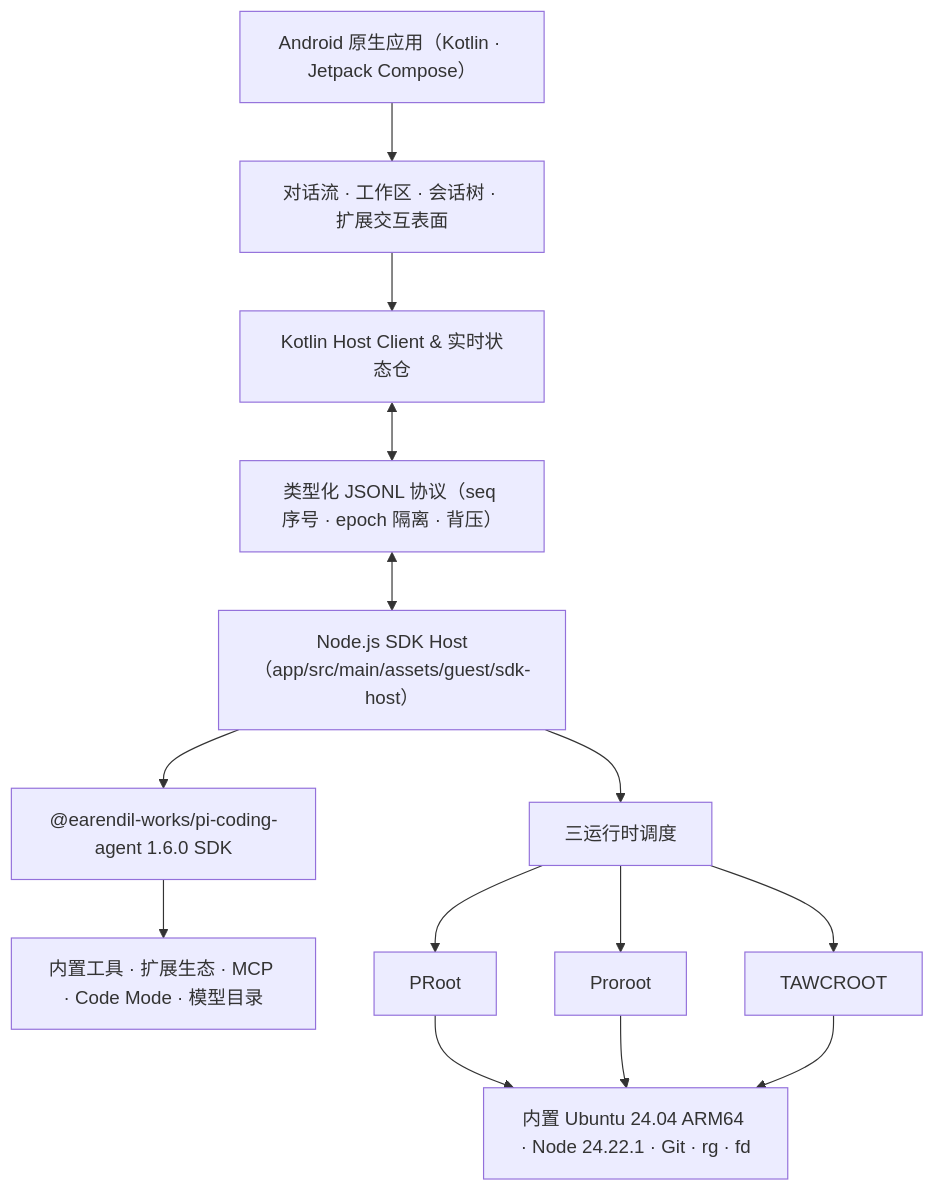
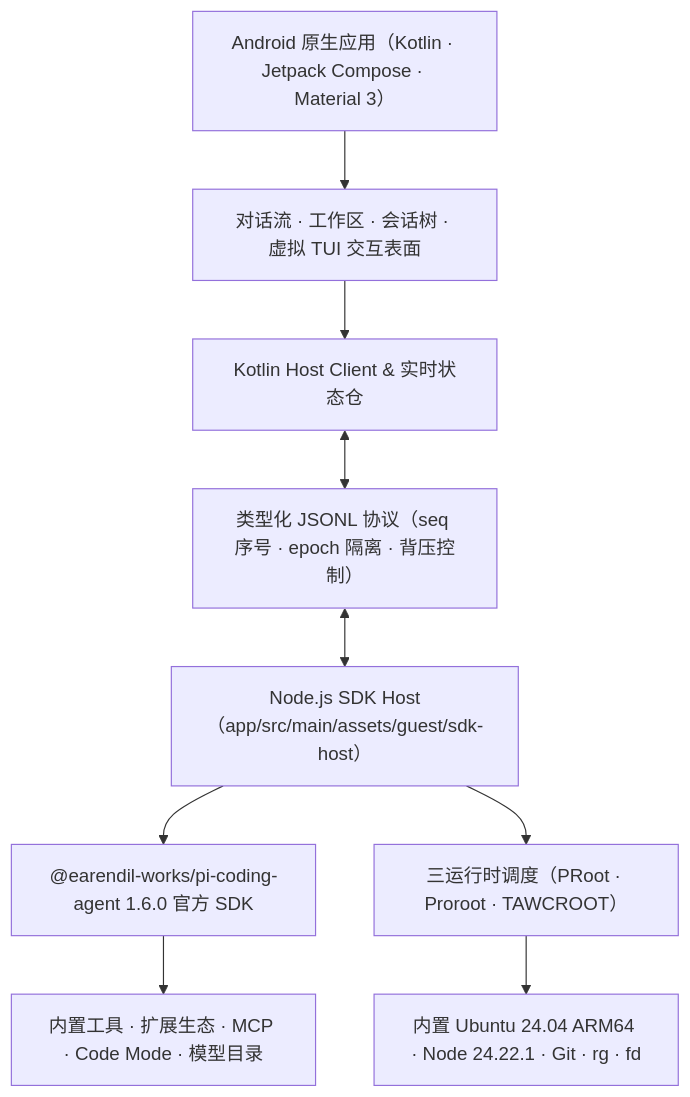
Before and after one commit to heikeyangle-code/pi-android: the diagram in README.zh-CN.md, drawn with Mermaid. The commit also changed other lines of this file and 1 other file, not shown here.

````diff
--- a/README.zh-CN.md
+++ b/README.zh-CN.md
@@ -135,30 +173,22 @@
 ```mermaid
 flowchart TB
-    A["Android 原生应用（Kotlin · Jetpack Compose）"]
-    B["对话流 · 工作区 · 会话树 · 扩展交互表面"]
+    A["Android 原生应用（Kotlin · Jetpack Compose · Material 3）"]
+    B["对话流 · 工作区 · 会话树 · 虚拟 TUI 交互表面"]
     C["Kotlin Host Client & 实时状态仓"]
-    D["类型化 JSONL 协议（seq 序号 · epoch 隔离 · 背压）"]
+    D["类型化 JSONL 协议（seq 序号 · epoch 隔离 · 背压控制）"]
     E["Node.js SDK Host（app/src/main/assets/guest/sdk-host）"]
-    F["@earendil-works/pi-coding-agent 1.6.0 SDK"]
+    F["@earendil-works/pi-coding-agent 1.6.0 官方 SDK"]
     G["内置工具 · 扩展生态 · MCP · Code Mode · 模型目录"]
 
-    H["三运行时调度"]
-    I["PRoot"]
-    J["Proroot"]
-    K["TAWCROOT"]
+    H["三运行时调度（PRoot · Proroot · TAWCROOT）"]
     L["内置 Ubuntu 24.04 ARM64 · Node 24.22.1 · Git · rg · fd"]
 
     A --> B
     B --> C
     C <--> D
     D <--> E
     E --> F
     F --> G
     E --> H
-    H --> I
-    H --> J
-    H --> K
-    I --> L
-    J --> L
-    K --> L
+    H --> L
 ```
````
